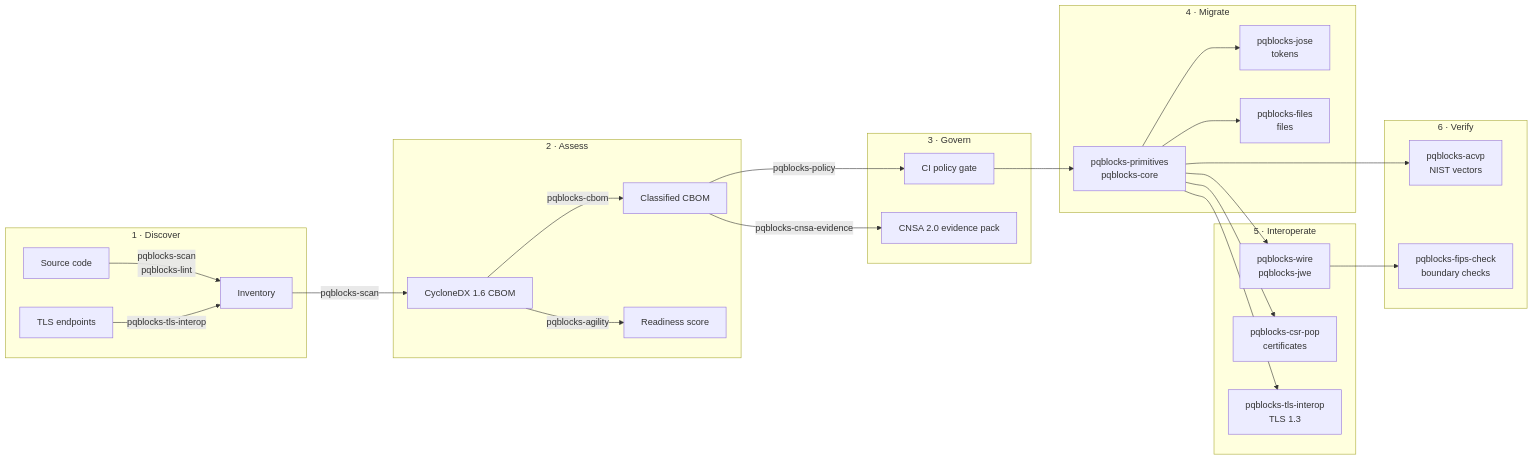
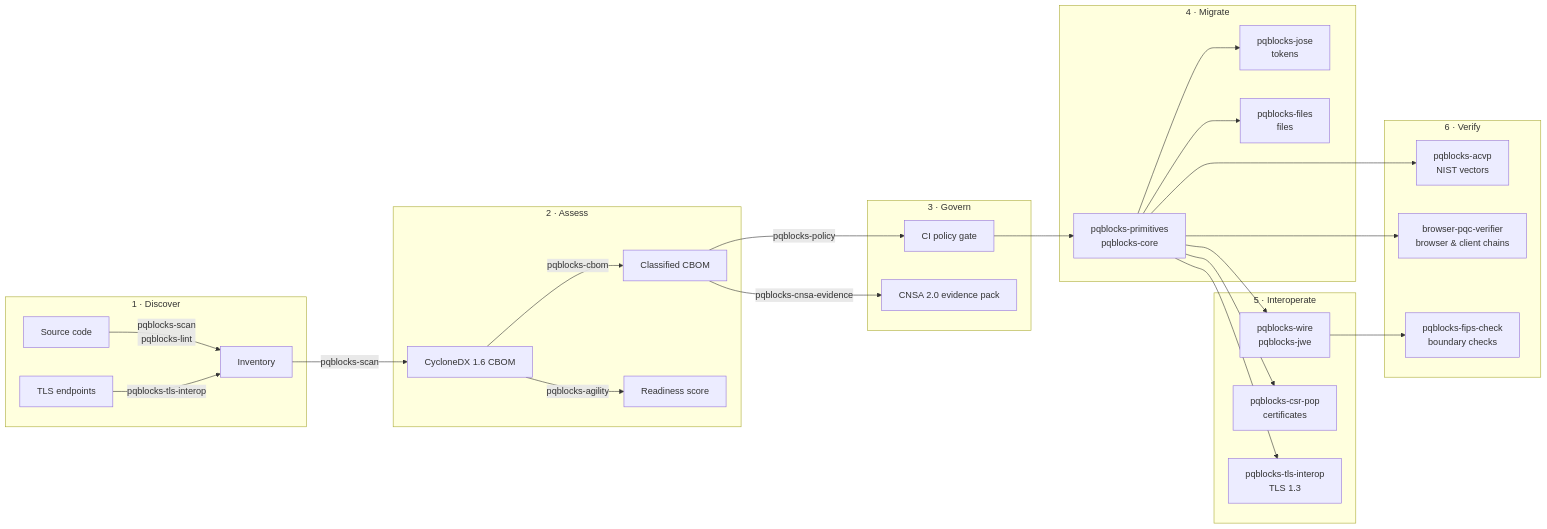
The diagram in docs/transition-map.md (PQBlocks/pqblocks.github.io), drawn with Mermaid before and after one commit. The commit also changed other lines of this file and 5 other files, not shown here.

````diff
--- a/docs/transition-map.md
+++ b/docs/transition-map.md
@@ -17,30 +17,31 @@
 ```mermaid
 flowchart LR
     subgraph D[1 · Discover]
         A[Source code] -->|pqblocks-scan<br/>pqblocks-lint| B[Inventory]
         T[TLS endpoints] -->|pqblocks-tls-interop| B
     end
     subgraph S[2 · Assess]
         B -->|pqblocks-scan| C[CycloneDX 1.6 CBOM]
         C -->|pqblocks-cbom| C2[Classified CBOM]
         C -->|pqblocks-agility| R[Readiness score]
     end
     subgraph G[3 · Govern]
         C2 -->|pqblocks-policy| P[CI policy gate]
         C2 -->|pqblocks-cnsa-evidence| E[CNSA 2.0 evidence pack]
     end
     subgraph M[4 · Migrate]
         P --> K[pqblocks-primitives<br/>pqblocks-core]
         K --> J[pqblocks-jose<br/>tokens]
         K --> F[pqblocks-files<br/>files]
     end
     subgraph I[5 · Interoperate]
         K --> W[pqblocks-wire<br/>pqblocks-jwe]
         K --> X[pqblocks-csr-pop<br/>certificates]
         K --> L[pqblocks-tls-interop<br/>TLS 1.3]
     end
     subgraph V[6 · Verify]
         K --> AC[pqblocks-acvp<br/>NIST vectors]
+        K --> BPV[browser-pqc-verifier<br/>browser & client chains]
         W --> FC[pqblocks-fips-check<br/>boundary checks]
     end
 ```
````
